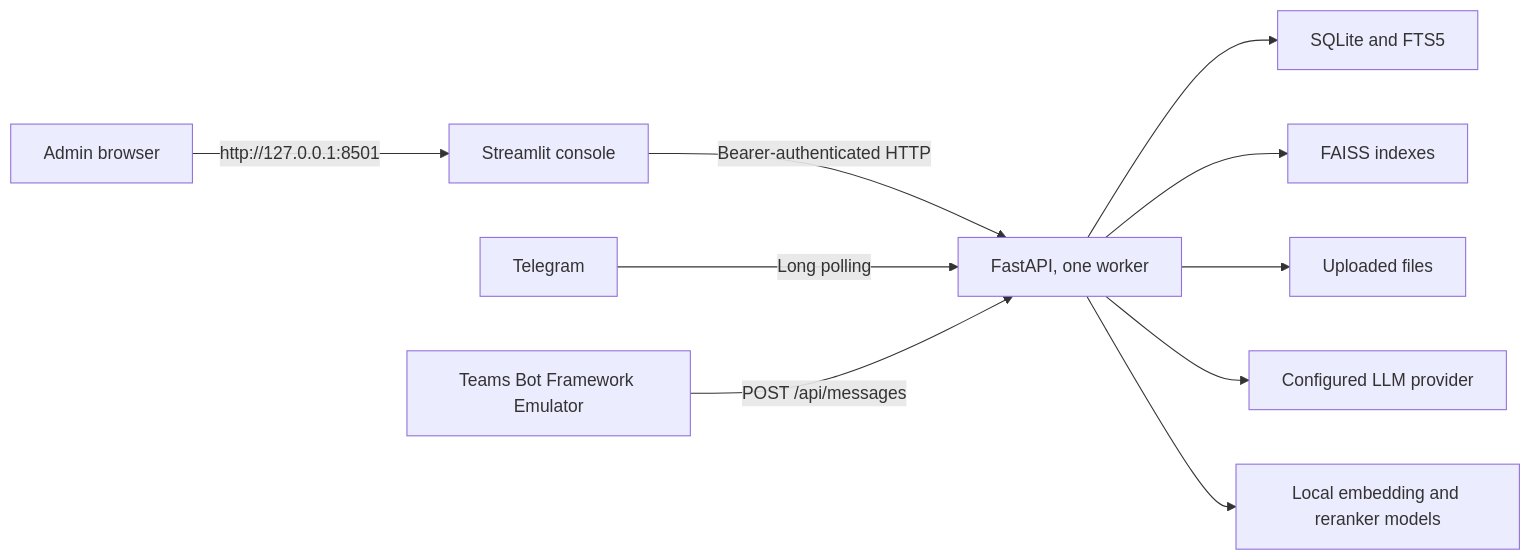
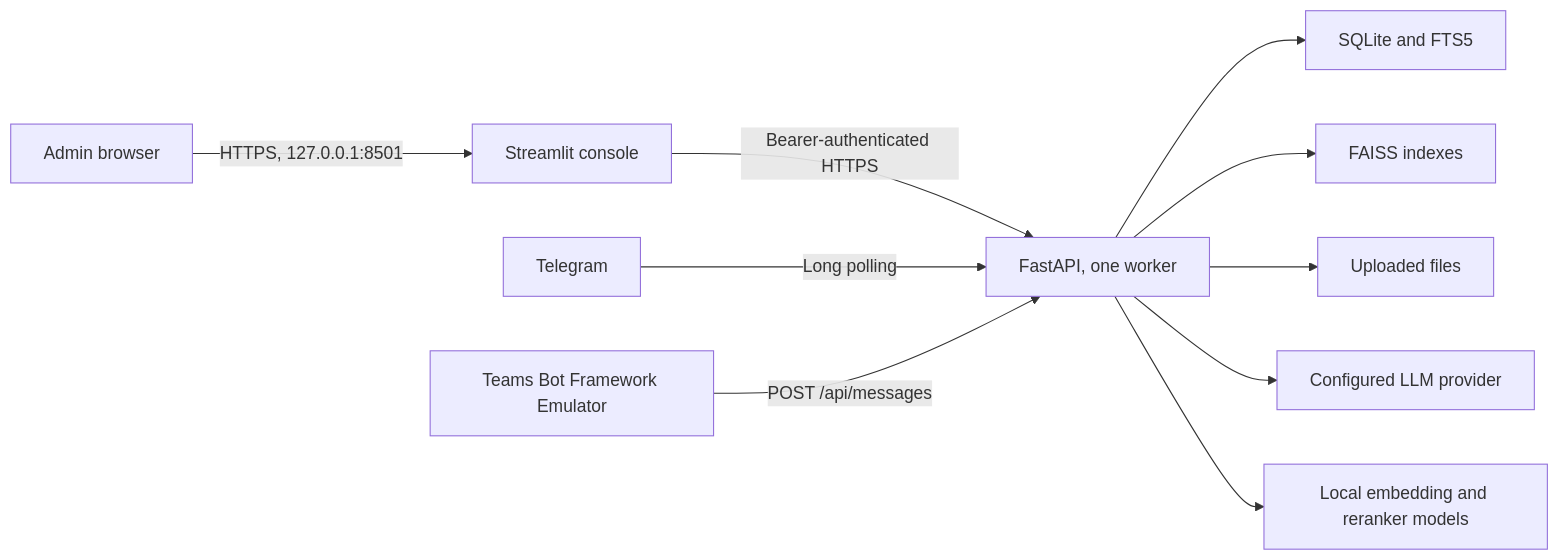
One commit to realAaronWu/intelliKnow changed the diagram in docs/LAPTOP-DEMO-DEPLOYMENT.md. Above: the diagram before and after it, drawn with Mermaid. The commit also changed other lines of this file and 74 other files, not shown here.

````diff
--- a/docs/LAPTOP-DEMO-DEPLOYMENT.md
+++ b/docs/LAPTOP-DEMO-DEPLOYMENT.md
@@ -9,12 +9,12 @@
 ```mermaid
 flowchart LR
-    Admin["Admin browser"] -->|"http://127.0.0.1:8501"| UI["Streamlit console"]
-    UI -->|"Bearer-authenticated HTTP"| API["FastAPI, one worker"]
+    Admin["Admin browser"] -->|"HTTPS, 127.0.0.1:8501"| UI["Streamlit console"]
+    UI -->|"Bearer-authenticated HTTPS"| API["FastAPI, one worker"]
     Telegram["Telegram"] -->|"Long polling"| API
     Emulator["Teams Bot Framework Emulator"] -->|"POST /api/messages"| API
     API --> DB["SQLite and FTS5"]
     API --> FAISS["FAISS indexes"]
     API --> Files["Uploaded files"]
     API --> AI["Configured LLM provider"]
     API --> Models["Local embedding and reranker models"]
 ```
````
